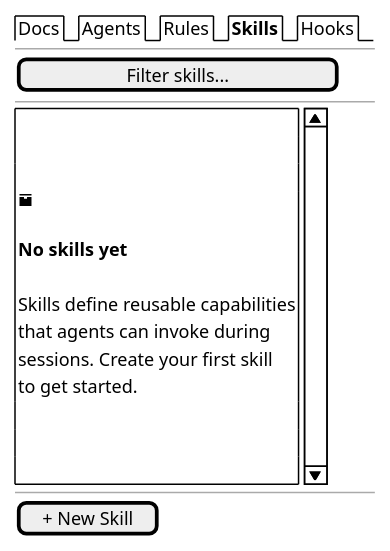
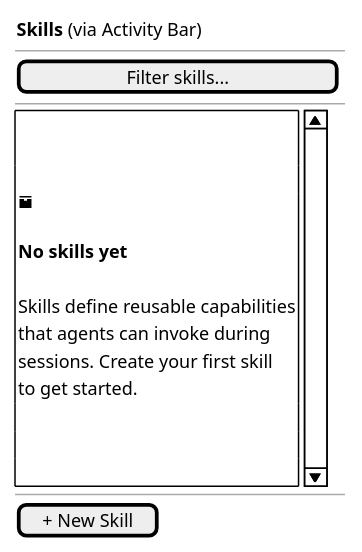
Before and after one commit to orqastudio/app: the fifth of 5 diagrams in docs/ui/wireframes/artifact-browser.md, drawn with PlantUML. The commit also changed other lines of this file and 19 other files, not shown here.

````diff
--- a/docs/ui/wireframes/artifact-browser.md
+++ b/docs/ui/wireframes/artifact-browser.md
@@ -303,30 +302,30 @@
 ```plantuml
 @startsalt
 {
-  {/ Docs | Agents | Rules | <b>Skills</b> | Hooks }
+  { <b>Skills</b> (via Activity Bar) }
   ---
   [Filter skills...          ]
   ---
   {SI
     .
     .
     .
     {
       <&box>
       .
       <b>No skills yet</b>
       .
       Skills define reusable capabilities
       that agents can invoke during
       sessions. Create your first skill
       to get started.
     }
     .
     .
     .
   }
   ---
   [+ New Skill]
 }
 @endsalt
 ```
````
